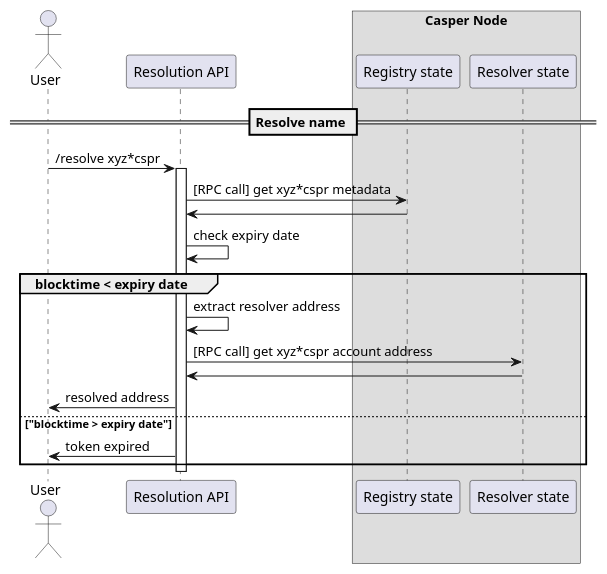
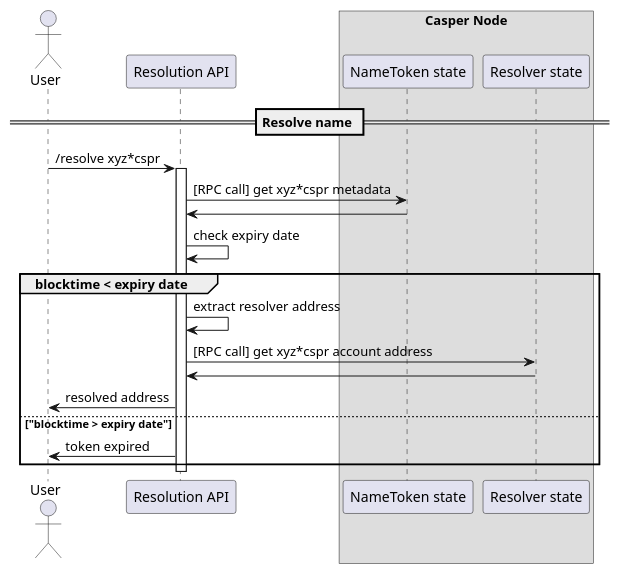
The diagram in docs/sequence-diagrams/puml/resolve-name.puml (make-software/cspr-name-contracts), drawn with PlantUML before and after one commit. The commit also changed 14 other files, not shown here.

Commit message:
Renamed Registry contract with NameToken in the sequence diagrams. (part 2)

```diff
--- a/docs/sequence-diagrams/puml/resolve-name.puml
+++ b/docs/sequence-diagrams/puml/resolve-name.puml
@@ -1,30 +1,30 @@
 @startuml
 'https://plantuml.com/sequence-diagram
 
 'autonumber
 actor User
 participant "Resolution API"
 box Casper Node
-participant "Registry state"
+participant "NameToken state"
 participant "Resolver state"
 end box
 == Resolve name ==
 
 User -> "Resolution API": /resolve xyz*cspr
 activate "Resolution API"
-"Resolution API" -> "Registry state": [RPC call] get xyz*cspr metadata
-"Registry state" -> "Resolution API"
+"Resolution API" -> "NameToken state": [RPC call] get xyz*cspr metadata
+"NameToken state" -> "Resolution API"
 
 "Resolution API" -> "Resolution API": check expiry date
 
 group blocktime < expiry date
 "Resolution API" -> "Resolution API": extract resolver address
 "Resolution API" -> "Resolver state": [RPC call] get xyz*cspr account address
 "Resolver state" -> "Resolution API"
 "Resolution API" -> User: resolved address
 else "blocktime > expiry date"
 "Resolution API" -> User: token expired
 end
 deactivate "Resolution API"
 
 @enduml
```
